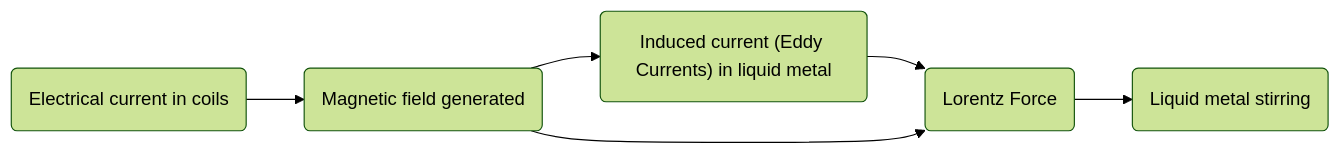
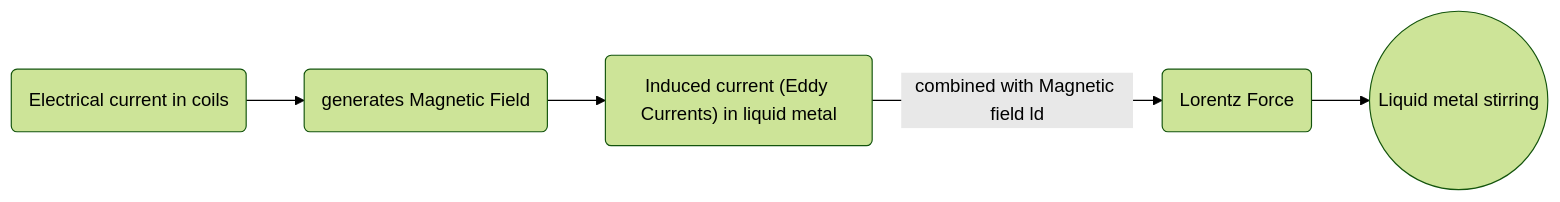
Before and after one commit to yashg1/Jalpc: the diagram in _posts/2018-06-19-cfd-emag.md, drawn with Mermaid (forest theme).

Commit message:
mermaid chart

````diff
--- a/_posts/2018-06-19-cfd-emag.md
+++ b/_posts/2018-06-19-cfd-emag.md
@@ -50,8 +50,7 @@
 ```mermaid
 graph LR
-  A(Electrical current in coils) --> B(Magnetic field generated)
+  A(Electrical current in coils) --> B(generates Magnetic Field)
   B-->C("Induced current (Eddy Currents) in liquid metal")
-  C--> D(Lorentz Force)
-  B --> D
-  D-->E(Liquid metal stirring)
+  C--  combined with Magnetic field ld --> D(Lorentz Force)
+  D-->E((Liquid metal stirring))
 ```
````
